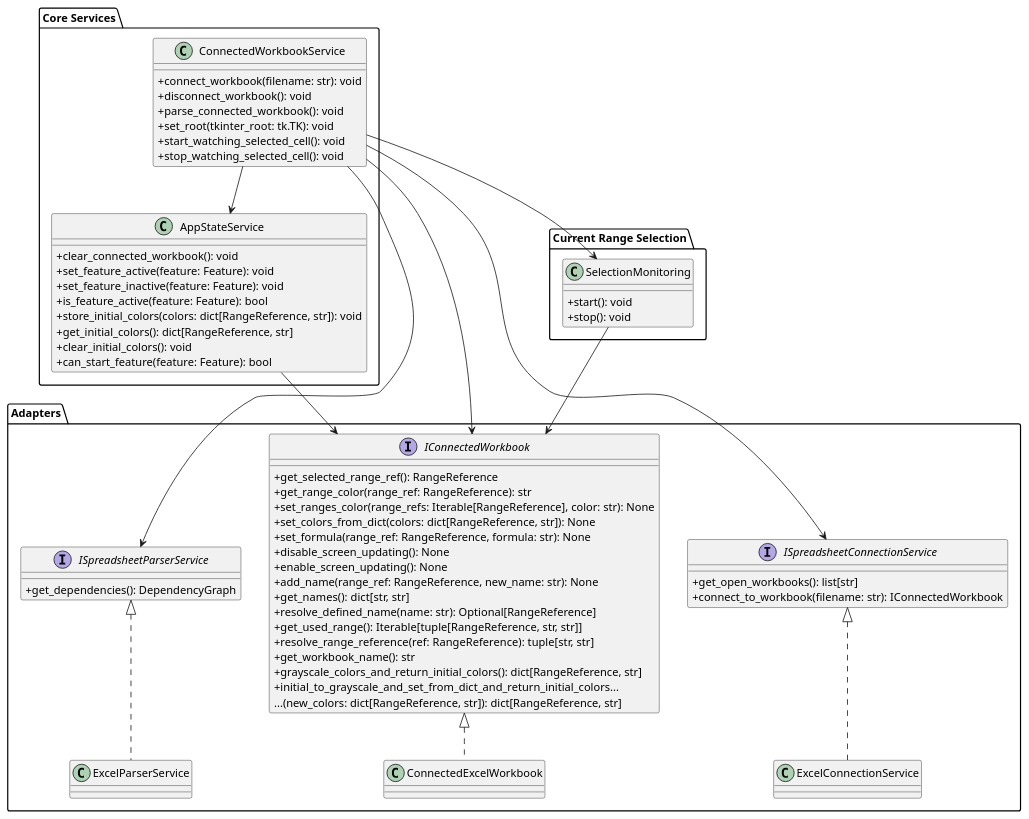
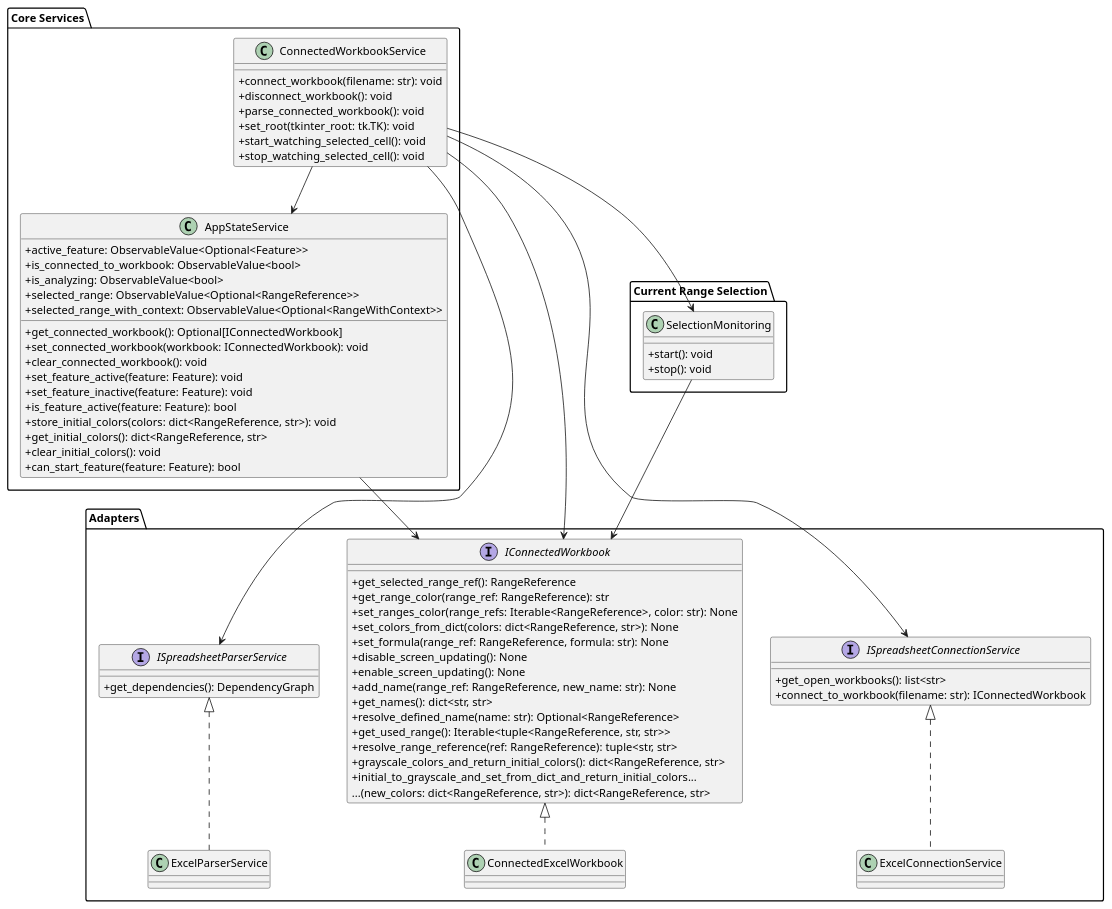
One commit to ByeByeExcel/SpreadsheetExplorer changed the diagram in diagrams/plantuml/architecture/class_diagram_core-services_adapters.puml. Above: the diagram before and after it, drawn with PlantUML. The commit also changed 16 other files, not shown here.

Commit message:
* replaced [] with <> in diagrams * made public properties private where possible

```diff
--- a/diagrams/plantuml/architecture/class_diagram_core-services_adapters.puml
+++ b/diagrams/plantuml/architecture/class_diagram_core-services_adapters.puml
@@ -1,83 +1,90 @@
 @startuml
 skinparam classAttributeIconSize 0
 top to bottom direction
 
 ' === ADAPTERS PACKAGE ===
 package "Adapters" {
 interface IConnectedWorkbook {
     + get_selected_range_ref(): RangeReference
     + get_range_color(range_ref: RangeReference): str
-    + set_ranges_color(range_refs: Iterable[RangeReference], color: str): None
-    + set_colors_from_dict(colors: dict[RangeReference, str]): None
+    + set_ranges_color(range_refs: Iterable<RangeReference>, color: str): None
+    + set_colors_from_dict(colors: dict<RangeReference, str>): None
     + set_formula(range_ref: RangeReference, formula: str): None
     + disable_screen_updating(): None
     + enable_screen_updating(): None
     + add_name(range_ref: RangeReference, new_name: str): None
-    + get_names(): dict[str, str]
-    + resolve_defined_name(name: str): Optional[RangeReference]
-    + get_used_range(): Iterable[tuple[RangeReference, str, str]]
-    + resolve_range_reference(ref: RangeReference): tuple[str, str]
-    + get_workbook_name(): str
-    + grayscale_colors_and_return_initial_colors(): dict[RangeReference, str]
-    + initial_to_grayscale_and_set_from_dict_and_return_initial_colors...\n...(new_colors: dict[RangeReference, str]): dict[RangeReference, str]
+    + get_names(): dict<str, str>
+    + resolve_defined_name(name: str): Optional<RangeReference>
+    + get_used_range(): Iterable<tuple<RangeReference, str, str>>
+    + resolve_range_reference(ref: RangeReference): tuple<str, str>
+    + grayscale_colors_and_return_initial_colors(): dict<RangeReference, str>
+    + initial_to_grayscale_and_set_from_dict_and_return_initial_colors...\n...(new_colors: dict<RangeReference, str>): dict<RangeReference, str>
     }
 
     interface ISpreadsheetParserService {
         + get_dependencies(): DependencyGraph
     }
 
     interface ISpreadsheetConnectionService {
-        + get_open_workbooks(): list[str]
+        + get_open_workbooks(): list<str>
         + connect_to_workbook(filename: str): IConnectedWorkbook
     }
 
     class ConnectedExcelWorkbook
     class ExcelParserService
     class ExcelConnectionService
 
     ConnectedExcelWorkbook .up.|> IConnectedWorkbook
     ExcelParserService .up.|> ISpreadsheetParserService
     ExcelConnectionService .up.|> ISpreadsheetConnectionService
 }
 
 ' === SERVICES PACKAGE ===
 package "Core Services" {
     class ConnectedWorkbookService {
         + connect_workbook(filename: str): void
         + disconnect_workbook(): void
         + parse_connected_workbook(): void
         + set_root(tkinter_root: tk.TK): void
         + start_watching_selected_cell(): void
         + stop_watching_selected_cell(): void
     }
 
     class AppStateService {
+        +active_feature: ObservableValue<Optional<Feature>>
+        +is_connected_to_workbook: ObservableValue<bool>
+        +is_analyzing: ObservableValue<bool>
+        +selected_range: ObservableValue<Optional<RangeReference>>
+        +selected_range_with_context: ObservableValue<Optional<RangeWithContext>>
+
+        + get_connected_workbook(): Optional[IConnectedWorkbook]
+        + set_connected_workbook(workbook: IConnectedWorkbook): void
         + clear_connected_workbook(): void
         + set_feature_active(feature: Feature): void
         + set_feature_inactive(feature: Feature): void
         + is_feature_active(feature: Feature): bool
-        + store_initial_colors(colors: dict[RangeReference, str]): void
-        + get_initial_colors(): dict[RangeReference, str]
+        + store_initial_colors(colors: dict<RangeReference, str>): void
+        + get_initial_colors(): dict<RangeReference, str>
         + clear_initial_colors(): void
         + can_start_feature(feature: Feature): bool
     }
 
     ConnectedWorkbookService --> AppStateService
 
 }
 
 package "Current Range Selection"{
     class SelectionMonitoring {
         + start(): void
         + stop(): void
     }
 }
 
 SelectionMonitoring --> IConnectedWorkbook
 AppStateService --> IConnectedWorkbook
 ConnectedWorkbookService --> IConnectedWorkbook
 ConnectedWorkbookService --> ISpreadsheetParserService
 ConnectedWorkbookService --> ISpreadsheetConnectionService
 ConnectedWorkbookService --> SelectionMonitoring
 
 @enduml
```
